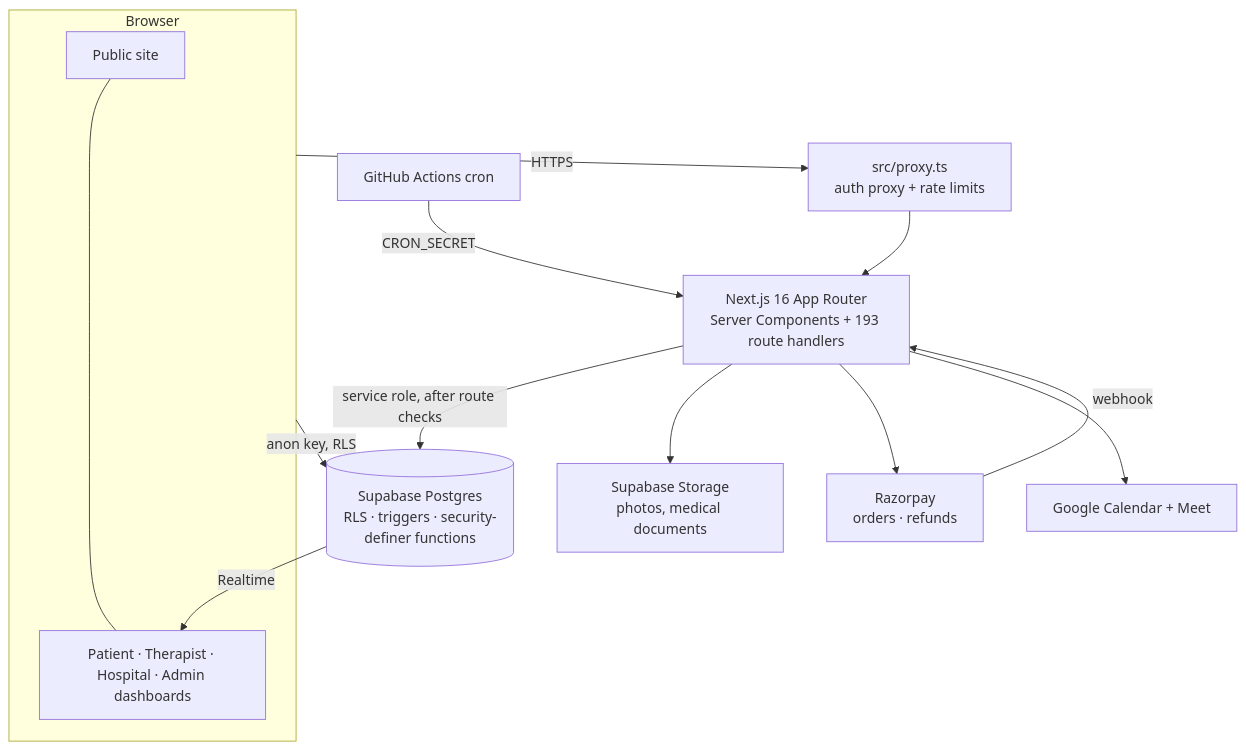
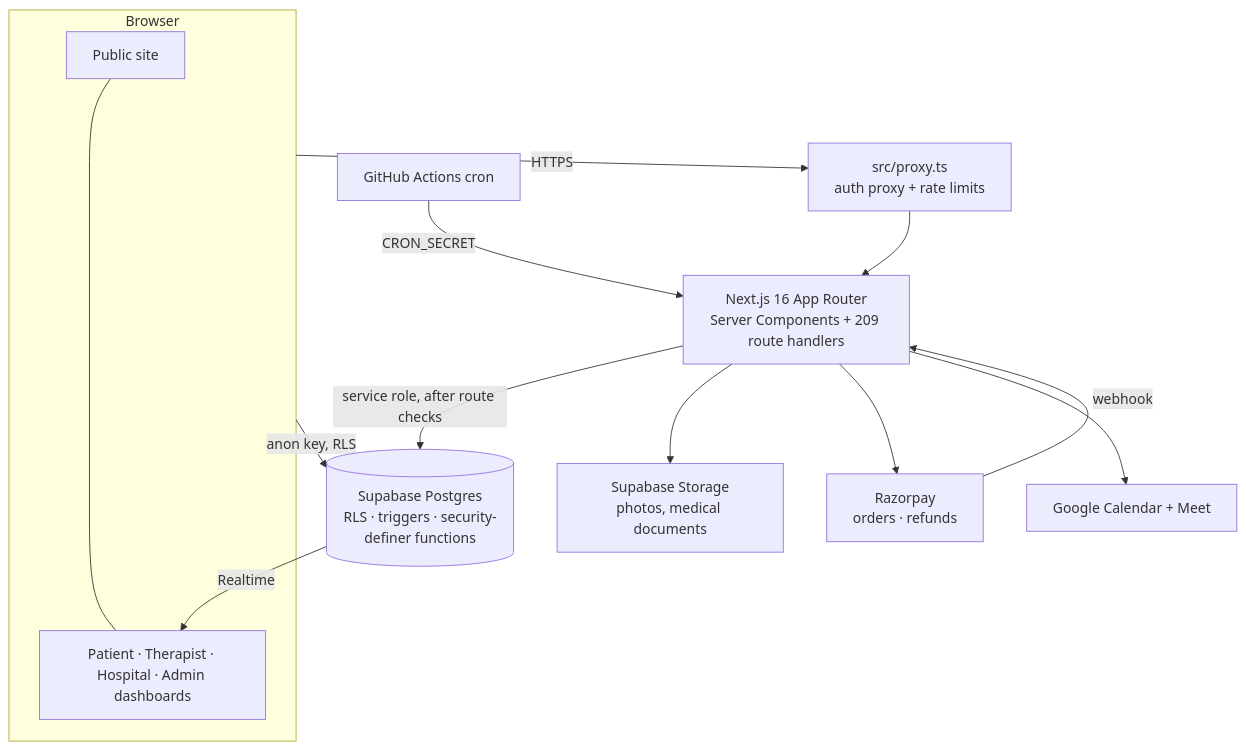
The second of 2 diagrams in README.md (nitheesh-git-project/Claude), drawn with Mermaid before and after one commit. The commit also changed other lines of this file and 1 other file, not shown here.

Commit message:
Docs: refresh route, lib and test counts
Claude-Session: https://claude.ai/code/session_01K8NxpFi2Qo4ojaQcCg8hZx

````diff
--- a/README.md
+++ b/README.md
@@ -172,16 +172,16 @@
 ```mermaid
 flowchart TB
   subgraph Browser
     P[Public site] --- D[Patient · Therapist · Hospital · Admin dashboards]
   end
   Browser -->|HTTPS| PX[src/proxy.ts<br/>auth proxy + rate limits]
-  PX --> APP[Next.js 16 App Router<br/>Server Components + 193 route handlers]
+  PX --> APP[Next.js 16 App Router<br/>Server Components + 209 route handlers]
   APP -->|service role, after route checks| SB[(Supabase Postgres<br/>RLS · triggers · security-definer functions)]
   Browser -->|anon key, RLS| SB
   SB -->|Realtime| D
   APP --> ST[Supabase Storage<br/>photos, medical documents]
   APP --> RZ[Razorpay<br/>orders · refunds]
   RZ -->|webhook| APP
   APP --> GC[Google Calendar + Meet]
   GH[GitHub Actions cron] -->|CRON_SECRET| APP
 ```
````
